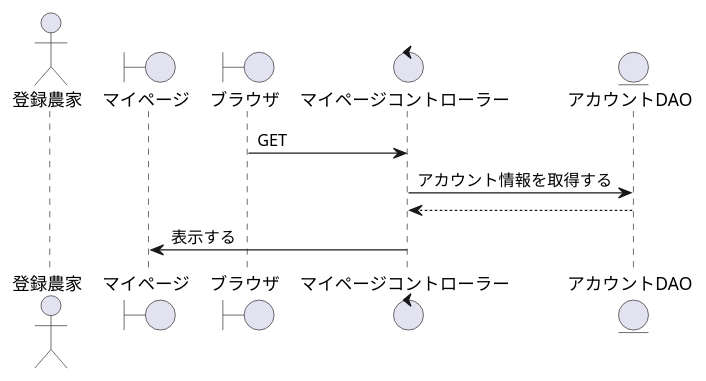
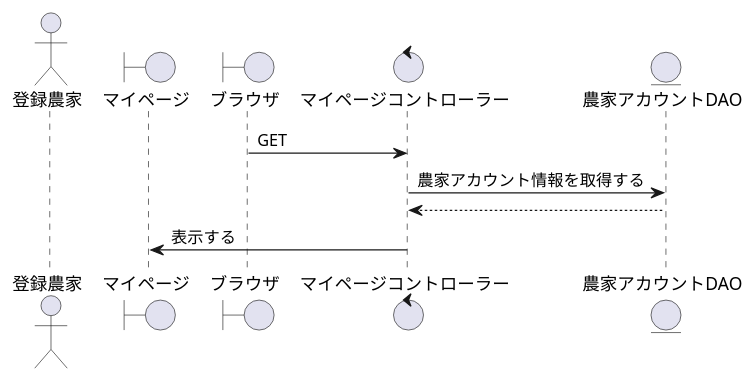
One commit to SK-B-S/PJ changed the diagram in PJ_シーケンス/農家/マイページ表示.wsd. Above: the diagram before and after it, drawn with PlantUML. The commit also changed 1 other file, not shown here.

```diff
--- a/PJ_シーケンス/農家/マイページ表示.wsd
+++ b/PJ_シーケンス/農家/マイページ表示.wsd
@@ -1,16 +1,16 @@
 @startuml マイページを表示
 
 actor    "登録農家" as account
 boundary "マイページ" as Mypage
 boundary "ブラウザ" as brz
 control  "マイページコントローラー" as Acquisition_c
-entity   "アカウントDAO" as Account
+entity   "農家アカウントDAO" as Account
 
 '-------------------------------------------------------------------------------------------
 
 brz -> Acquisition_c : GET
-Acquisition_c -> Account : アカウント情報を取得する
+Acquisition_c -> Account : 農家アカウント情報を取得する
 Acquisition_c <-- Account
 Mypage <- Acquisition_c : 表示する
 
 @enduml
```
